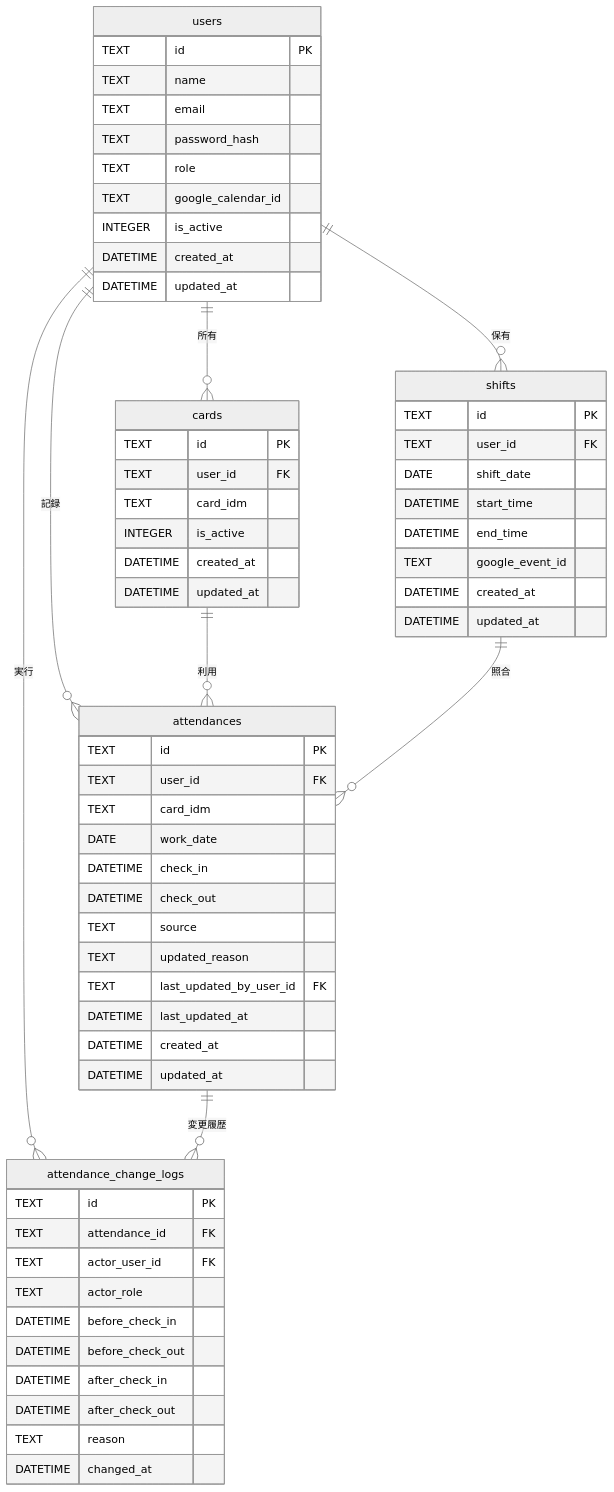
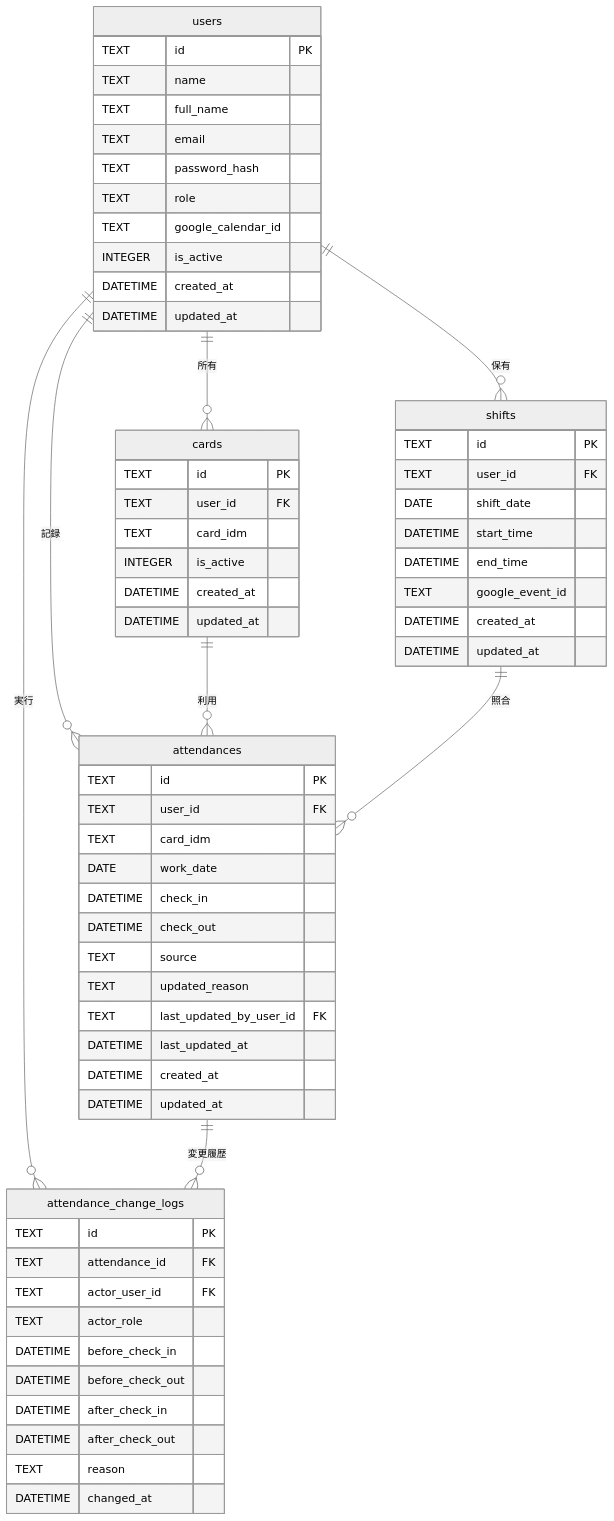
Before and after one commit to tukumanalab/kint: the first of 2 diagrams in docs/database-design.md, drawn with Mermaid (neutral theme). The commit also changed other lines of this file and 2 other files, not shown here.

````diff
--- a/docs/database-design.md
+++ b/docs/database-design.md
@@ -134,70 +144,71 @@
 ```mermaid
 erDiagram
   users {
     TEXT id PK
     TEXT name
+    TEXT full_name
     TEXT email
     TEXT password_hash
     TEXT role
     TEXT google_calendar_id
     INTEGER is_active
     DATETIME created_at
     DATETIME updated_at
   }
 
   cards {
     TEXT id PK
     TEXT user_id FK
     TEXT card_idm
     INTEGER is_active
     DATETIME created_at
     DATETIME updated_at
   }
 
   attendances {
     TEXT id PK
     TEXT user_id FK
     TEXT card_idm
     DATE work_date
     DATETIME check_in
     DATETIME check_out
     TEXT source
     TEXT updated_reason
     TEXT last_updated_by_user_id FK
     DATETIME last_updated_at
     DATETIME created_at
     DATETIME updated_at
   }
 
   attendance_change_logs {
     TEXT id PK
     TEXT attendance_id FK
     TEXT actor_user_id FK
     TEXT actor_role
     DATETIME before_check_in
     DATETIME before_check_out
     DATETIME after_check_in
     DATETIME after_check_out
     TEXT reason
     DATETIME changed_at
   }
 
   shifts {
     TEXT id PK
     TEXT user_id FK
     DATE shift_date
     DATETIME start_time
     DATETIME end_time
     TEXT google_event_id
     DATETIME created_at
     DATETIME updated_at
   }
 
   users ||--o{ cards : 所有
   users ||--o{ attendances : 記録
   users ||--o{ attendance_change_logs : 実行
   users ||--o{ shifts : 保有
   cards ||--o{ attendances : 利用
   attendances ||--o{ attendance_change_logs : 変更履歴
   shifts ||--o{ attendances : 照合
 ```
````
